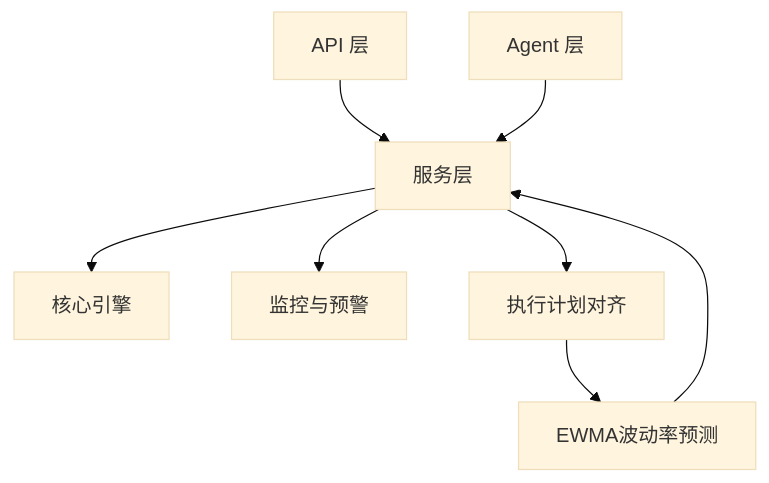
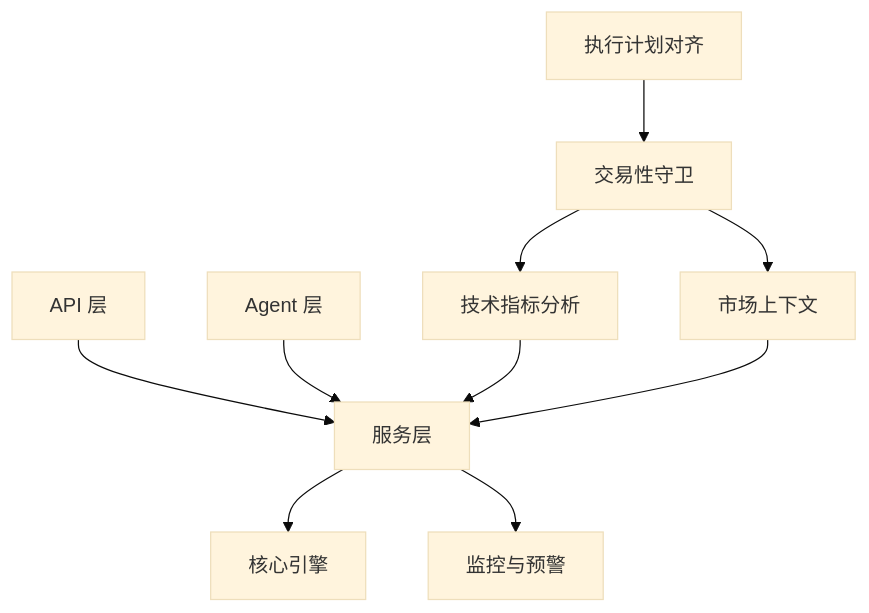
One commit to anYaoooo/daily_stock_analysis changed the eighth of 8 diagrams in .qoder/repowiki/zh/content/交易策略系统/风险管理.md. Above: the diagram before and after it, drawn with Mermaid (base theme). The commit also changed other lines of this file and 140 other files, not shown here.

````diff
--- a/.qoder/repowiki/zh/content/交易策略系统/风险管理.md
+++ b/.qoder/repowiki/zh/content/交易策略系统/风险管理.md
@@ -405,10 +447,12 @@
 ```mermaid
 graph TB
 API["API 层"] --> SVC["服务层"]
 SVC --> ENG["核心引擎"]
 SVC --> MON["监控与预警"]
 AGENT["Agent 层"] --> SVC
-ANALYZER["执行计划对齐"] --> TECH["EWMA波动率预测"]
-SVC --> ANALYZER
+ANALYZER["执行计划对齐"] --> GUARDS["交易性守卫"]
+GUARDS --> TECH["技术指标分析"]
+GUARDS --> MARKET["市场上下文"]
 TECH --> SVC
+MARKET --> SVC
 ```
````
